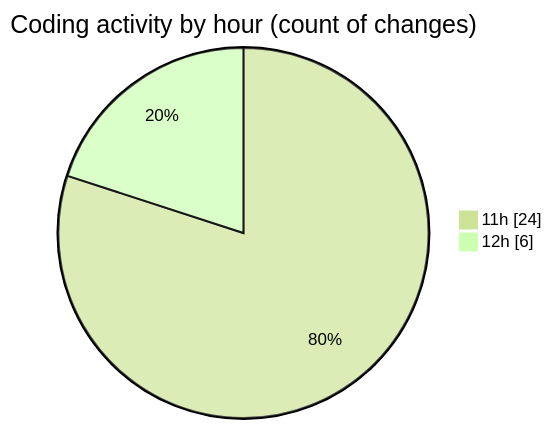
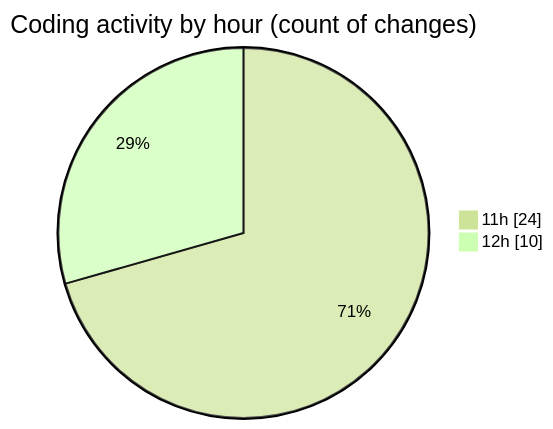
One commit to nxtqubesakshisongat/code-tracking changed the second of 2 diagrams in 2025-05-10/argos-dev/README.md. Above: the diagram before and after it, drawn with Mermaid (forest theme). The commit also changed other lines of this file and 1 other file, not shown here.

````diff
--- a/2025-05-10/argos-dev/README.md
+++ b/2025-05-10/argos-dev/README.md
@@ -29,6 +29,6 @@
 ```mermaid
 pie showData
 title Coding activity by hour (count of changes)
 "11h" : 24
-"12h" : 6
+"12h" : 10
 ```
````
